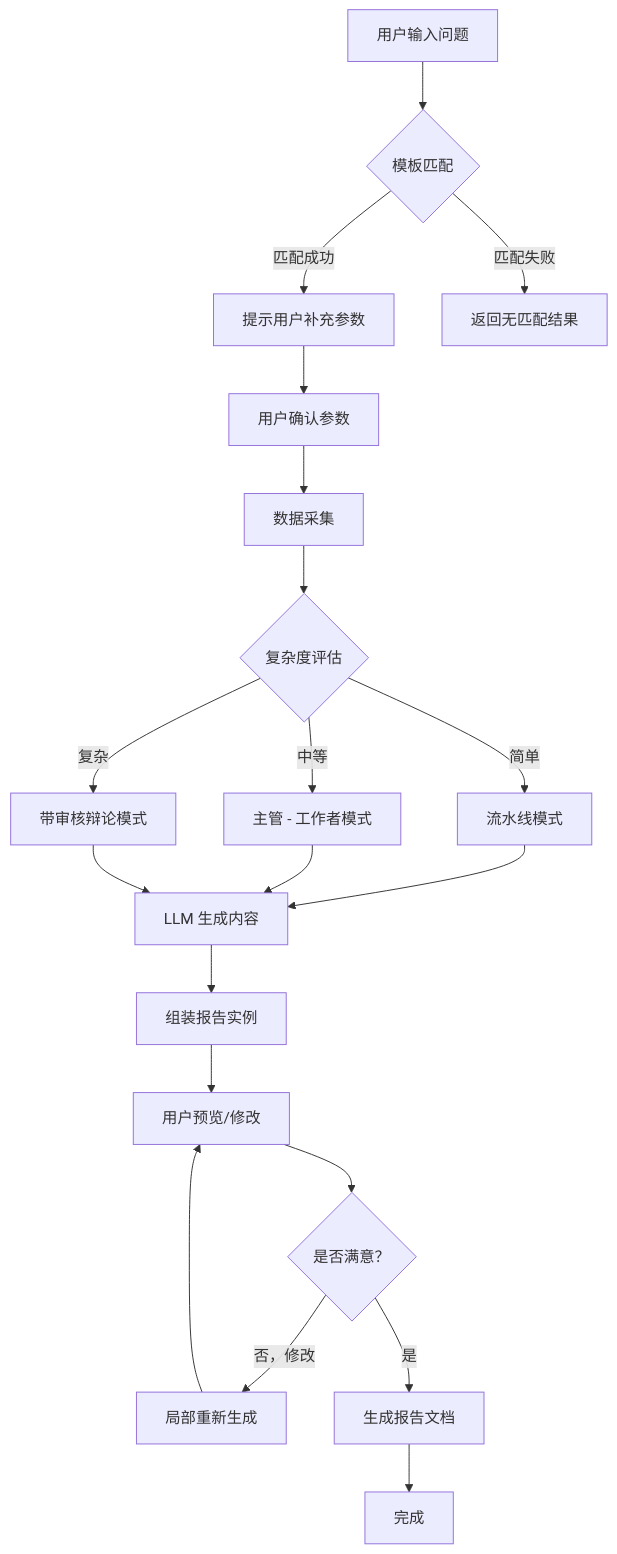
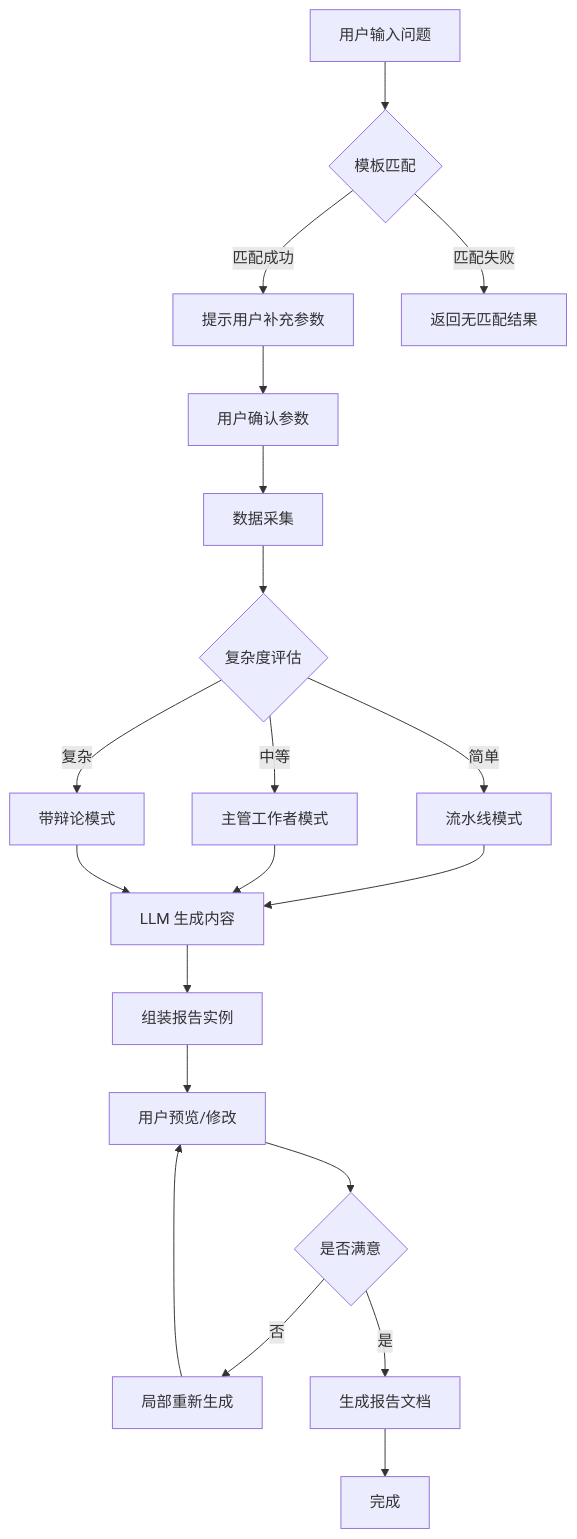
Before and after one commit to shel447/ReportSystem: the tenth of 13 diagrams in design.md, drawn with Mermaid. The commit also changed other lines of this file and 1 other file, not shown here.

Commit message:
Remove review workflow, fix mermaid syntax errors, add review to spec backlog

````diff
--- a/design.md
+++ b/design.md
@@ -704,22 +702,22 @@
 ```mermaid
 graph TD
     A[用户输入问题] --> B{模板匹配}
     B -->|匹配成功 | C[提示用户补充参数]
     B -->|匹配失败 | D[返回无匹配结果]
     C --> E[用户确认参数]
     E --> F[数据采集]
     F --> G{复杂度评估}
     G -->|简单 | H[流水线模式]
-    G -->|中等 | I[主管 - 工作者模式]
-    G -->|复杂 | J[带审核辩论模式]
+    G -->|中等 | I[主管工作者模式]
+    G -->|复杂 | J[带辩论模式]
     H --> K[LLM 生成内容]
     I --> K
     J --> K
     K --> L[组装报告实例]
     L --> M[用户预览/修改]
-    M --> N{是否满意？}
-    N -->|否，修改 | O[局部重新生成]
+    M --> N{是否满意}
+    N -->|否 | O[局部重新生成]
     O --> M
     N -->|是 | P[生成报告文档]
     P --> Q[完成]
 ```
````
